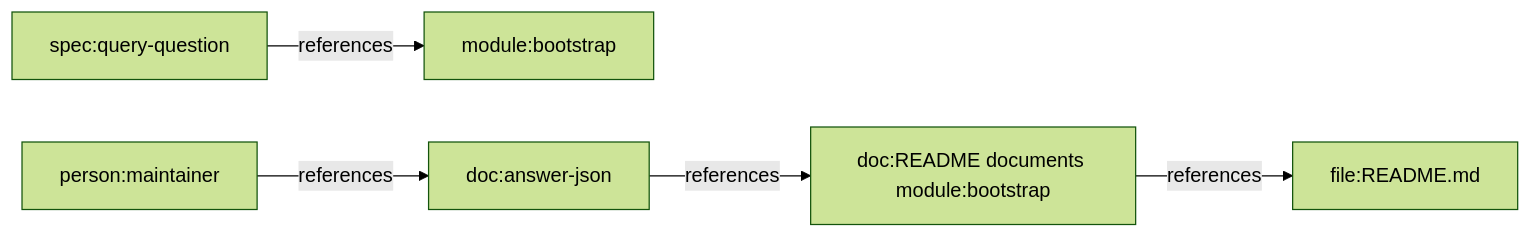
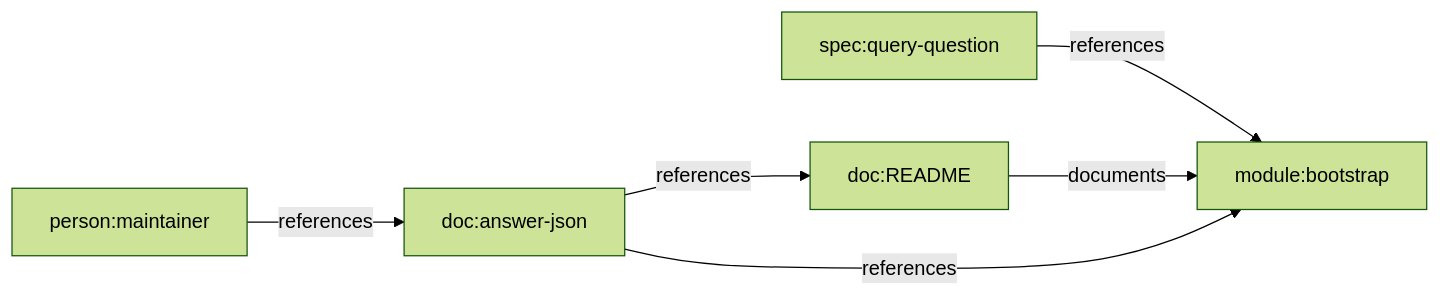
The third of 5 diagrams in docs/design/graph-data-model.md (flyingrobots/git-mind), drawn with Mermaid (forest theme) before and after one commit. The commit also changed other lines of this file and 9 other files, not shown here.

Commit message:
docs: address graph model review findings (#322)

````diff
--- a/docs/design/graph-data-model.md
+++ b/docs/design/graph-data-model.md
@@ -202,7 +288,8 @@
 ```mermaid
 flowchart LR
     Question["spec:query-question"] -->|references| Target["module:bootstrap"]
-    Answer["doc:answer-json"] -->|references| EdgeA["doc:README documents module:bootstrap"]
-    EdgeA -->|references| Evidence["file:README.md"]
+    Doc["doc:README"] -->|documents| Target
+    Answer["doc:answer-json"] -->|references| Doc
+    Answer -->|references| Target
     Reviewer["person:maintainer"] -->|references| Answer
 ```
````
